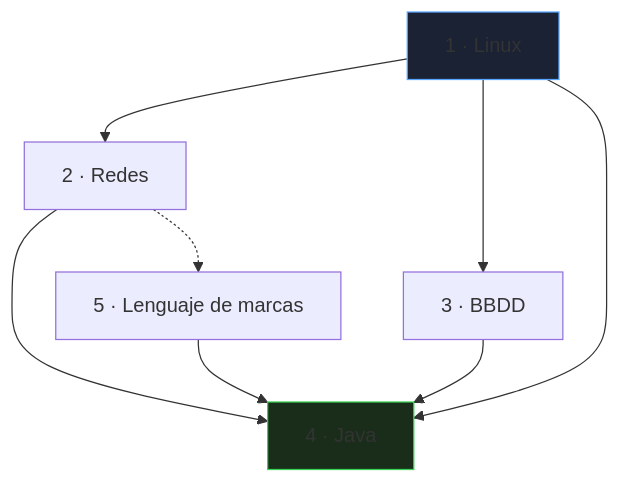
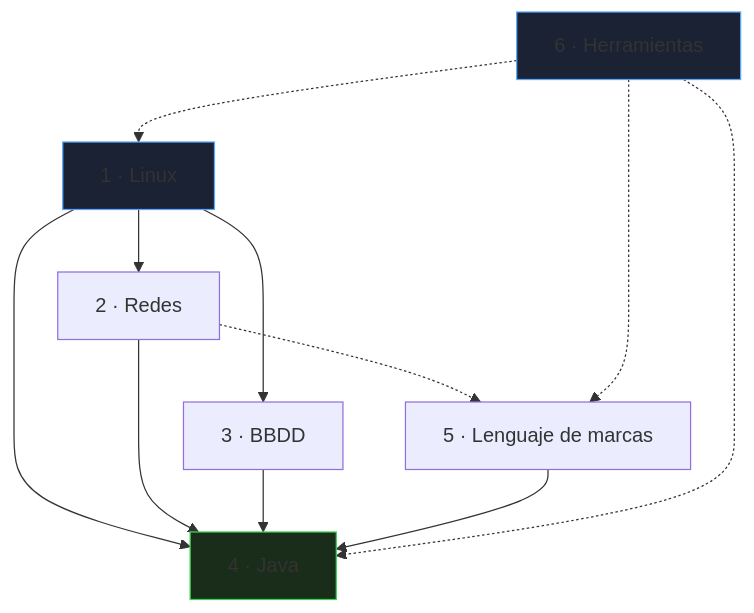
Before and after one commit to Ghostbox-e/docs-apuntes: the diagram in docs/intro.md, drawn with Mermaid. The commit also changed other lines of this file and 19 other files, not shown here.

Commit message:
docs: expand notes with automation, security, architecture and git pages

````diff
--- a/docs/intro.md
+++ b/docs/intro.md
@@ -28,12 +28,16 @@
 ```mermaid
 flowchart TB
   LIN["1 · Linux"] --> RED["2 · Redes"]
   LIN --> BD["3 · BBDD"]
   LIN --> JAV["4 · Java"]
   RED --> JAV
   BD --> JAV
   MAR["5 · Lenguaje de marcas"] --> JAV
   RED -.-> MAR
+  GIT["6 · Herramientas"] -.-> LIN
+  GIT -.-> JAV
+  GIT -.-> MAR
   style LIN fill:#1a2233,stroke:#58a6ff
   style JAV fill:#1a2d1a,stroke:#39d353
+  style GIT fill:#1a2233,stroke:#58a6ff
 ```
````
